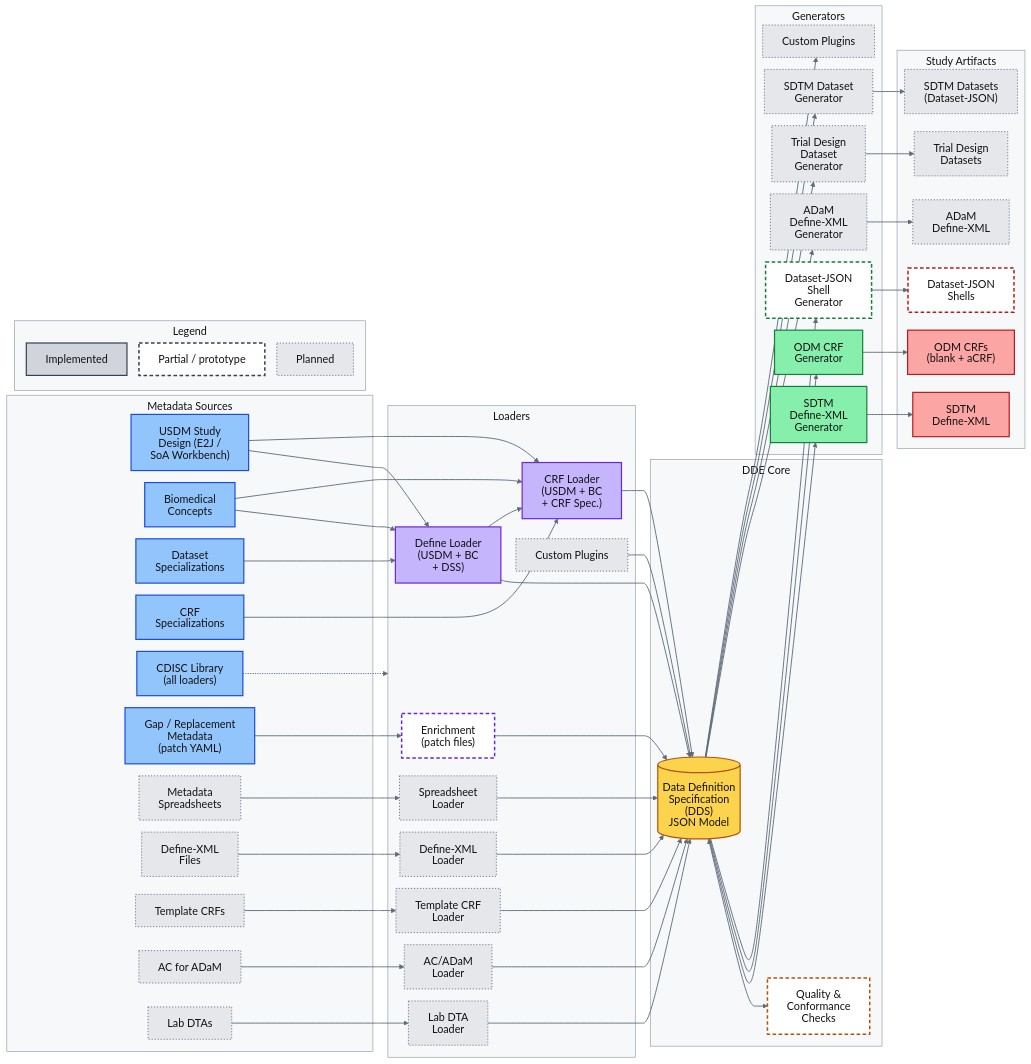
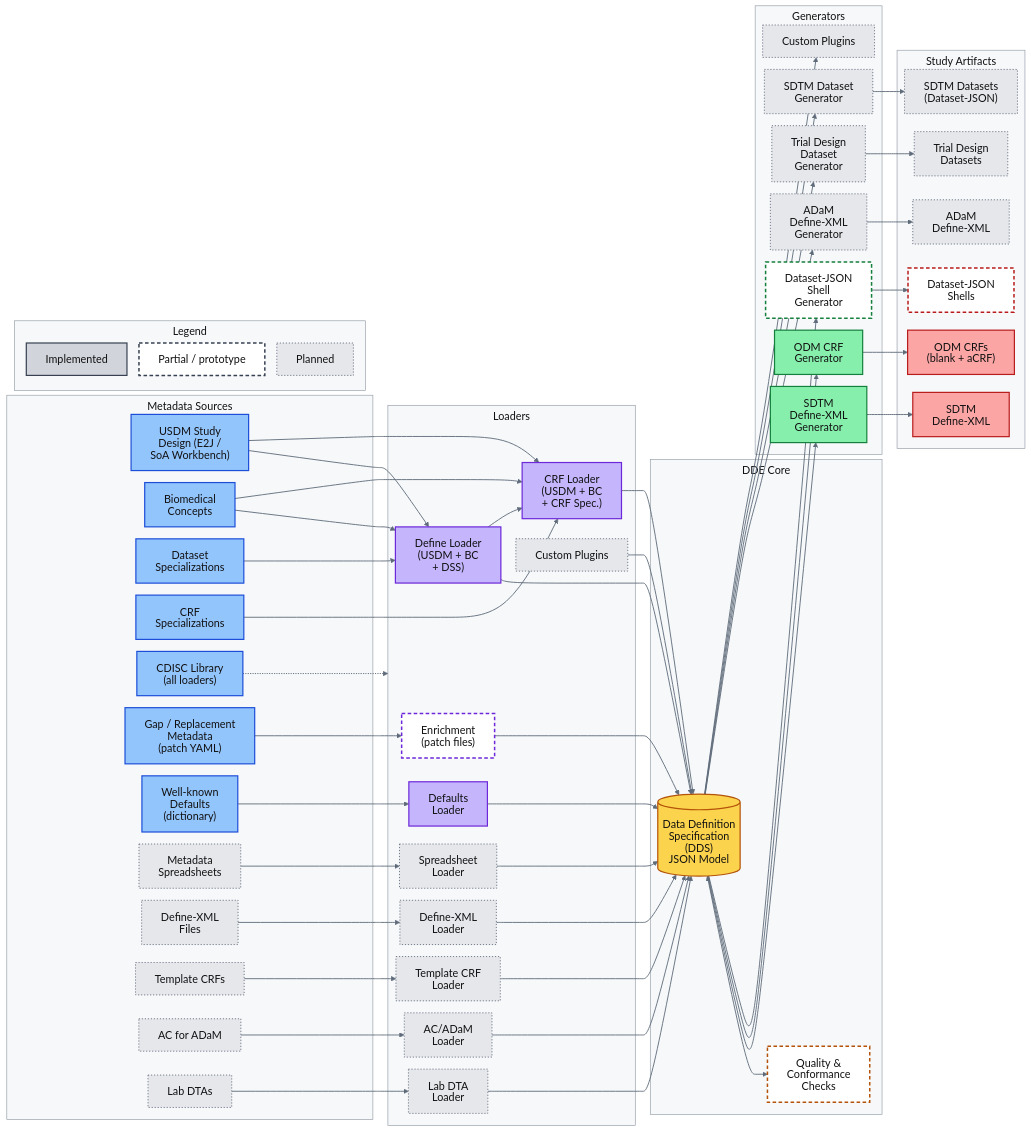
Before and after one commit to cdisc-org/data-definition-engine: the diagram in documents/Solution_Overview.md, drawn with Mermaid. The commit also changed other lines of this file and 32 other files, not shown here.

Commit message:
adds well known defaults to pipeline

```diff
--- a/documents/Solution_Overview.md
+++ b/documents/Solution_Overview.md
@@ -25,6 +27,7 @@
         CRFS["CRF<br/>Specializations"]
         CLIB["CDISC Library<br/>(all loaders)"]
         GAP["Gap / Replacement<br/>Metadata<br/>(patch YAML)"]
+        DEFS["Well-known<br/>Defaults<br/>(dictionary)"]
         XLS["Metadata<br/>Spreadsheets"]
         DEF_IN["Define-XML<br/>Files"]
         CRF_IN["Template CRFs"]
@@ -36,6 +39,7 @@
         L1["Define Loader<br/>(USDM + BC<br/>+ DSS)"]
         L7["CRF Loader<br/>(USDM + BC<br/>+ CRF Spec.)"]
         L6["Enrichment<br/>(patch files)"]
+        L9["Defaults<br/>Loader"]
         L2["Spreadsheet<br/>Loader"]
         L3["Define-XML<br/>Loader"]
         L4["Template CRF<br/>Loader"]
@@ -82,6 +86,7 @@
     BC --> L7
     CRFS --> L7
     GAP --> L6
+    DEFS --> L9
     XLS --> L2
     DEF_IN --> L3
     CRF_IN --> L4
@@ -94,6 +99,7 @@
     L1 --> L7
     L7 --> DDS
     L6 --> DDS
+    L9 --> DDS
     L2 --> DDS
     L3 --> DDS
     L4 --> DDS
@@ -138,8 +144,8 @@
     classDef legendPartial fill:#fff,stroke:#374151,stroke-width:2.5px,stroke-dasharray: 6 4,color:#111
     linkStyle default stroke:#5f6b7a,stroke-width:1.5px
 
-    class USDM,BC,DSS,CRFS,CLIB,GAP source
-    class L1,L7 loader
+    class USDM,BC,DSS,CRFS,CLIB,GAP,DEFS source
+    class L1,L7,L9 loader
     class DDS core
     class G1,G3 generator
     class A1,A3 artifact
```
